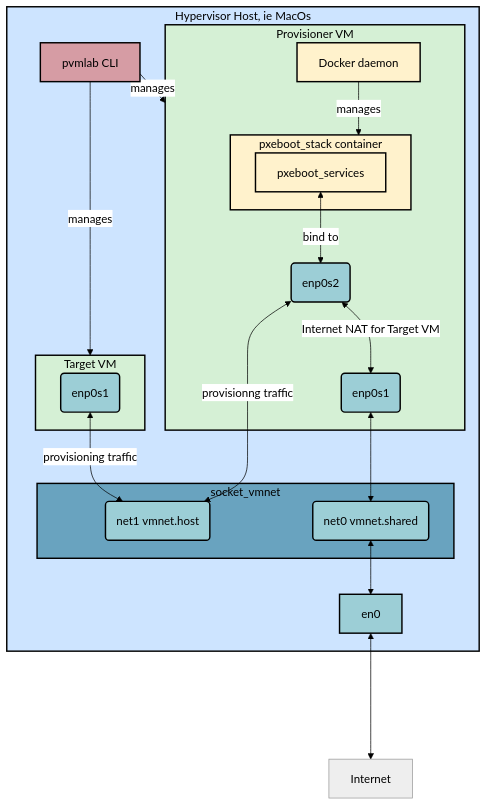
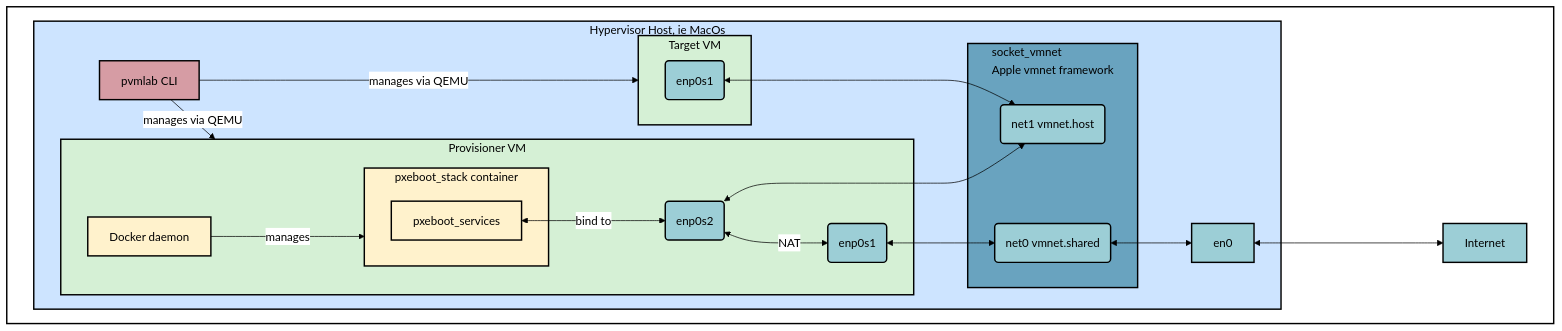
One commit to pallotron/pvmlab changed the diagram in README.md. Above: the diagram before and after it, drawn with Mermaid (neutral theme). The commit also changed other lines of this file and 1 other file, not shown here.

Commit message:
mermaid + README changes

````diff
--- a/README.md
+++ b/README.md
@@ -21,52 +21,58 @@
 ```mermaid
 graph TD
 %% Define style classes for different components
 classDef hostStyle fill:#cde4ff,stroke:black,stroke-width:2px,color:#000
 classDef vmStyle fill:#d5f0d5,stroke:black,stroke-width:2px,color:#000
 classDef dockerStyle fill:#fff2cc,stroke:black,stroke-width:2px,color:#000
 classDef interfaceStyle fill:#9cced6,stroke:black,stroke-width:2px,color:#000
 classDef cliStyle fill:#d69ca4,stroke:black,stroke-width:2px,color:#000
 classDef socketVmnetStyle fill:#69a3bf,stroke:black,stroke-width:2px,color:#000
+classDef backgroundStyle fill:white,stroke:black,stroke-width:2px,color:#000
 
-subgraph H [Hypervisor Host, ie MacOs]
-    cli[pvmlab CLI]
-    en0
-    subgraph V [Provisioner VM]
-        provisioner_vm_enp0s1(enp0s1)
-        provisioner_vm_enp0s2(enp0s2)
-        Docker[Docker daemon]
-        subgraph "pxeboot_stack" [pxeboot_stack container]
-            pxeboot_services
+subgraph G [ ]
+    subgraph H [Hypervisor Host, ie MacOs]
+        cli[pvmlab CLI]
+        en0
+        subgraph V [Provisioner VM]
+            provisioner_vm_enp0s1(enp0s1)
+            provisioner_vm_enp0s2(enp0s2)
+            Docker[Docker daemon]
+            subgraph "pxeboot_stack" [pxeboot_stack container]
+                pxeboot_services
+            end
+        end
+        subgraph T [Target VM]
+            target_vm_enp0s1(enp0s1)
+        end
+        subgraph N [socket_vmnet<br/>Apple vmnet framework]
+            virtual_net1_private(net1 vmnet.host)
+            virtual_net0_shared(net0 vmnet.shared)
         end
     end
-    subgraph T [Target VM]
-        target_vm_enp0s1(enp0s1)
-    end
-    subgraph N [socket_vmnet]
-        virtual_net1_private(net1 vmnet.host)
-        virtual_net0_shared(net0 vmnet.shared)
-    end
+    Internet
 end
 
 
 en0 <----> Internet
 Docker -- manages --> pxeboot_stack
 provisioner_vm_enp0s1 <--> virtual_net0_shared
-provisioner_vm_enp0s2 <-- provisionng traffic --> virtual_net1_private
-provisioner_vm_enp0s2 <-- Internet NAT for Target VM --> provisioner_vm_enp0s1
-target_vm_enp0s1 <-- provisioning traffic --> virtual_net1_private
+provisioner_vm_enp0s2 <---> virtual_net1_private
+provisioner_vm_enp0s2 <-- NAT --> provisioner_vm_enp0s1
+target_vm_enp0s1 <---> virtual_net1_private
 pxeboot_services <-- bind to --> provisioner_vm_enp0s2
 virtual_net0_shared <--> en0
-cli -- manages --> V
-cli -- manages --> T
+cli -- manages via QEMU --> V
+cli -- manages via QEMU --> T
 
 
 %% Apply the defined classes to the nodes
 class H hostStyle
+class G backgroundStyle
 class pxeboot_stack,Docker,pxeboot_services dockerStyle
 class V,T vmStyle
 class target_vm_enp0s1,provisioner_vm_enp0s1,provisioner_vm_enp0s2,provisioner_vm_enp0s3,en0,virtual_net0_shared,virtual_net1_private interfaceStyle
 class cli cliStyle
 class N socketVmnetStyle
+class Internet interfaceStyle
 linkStyle default stroke:black
 ```
````
